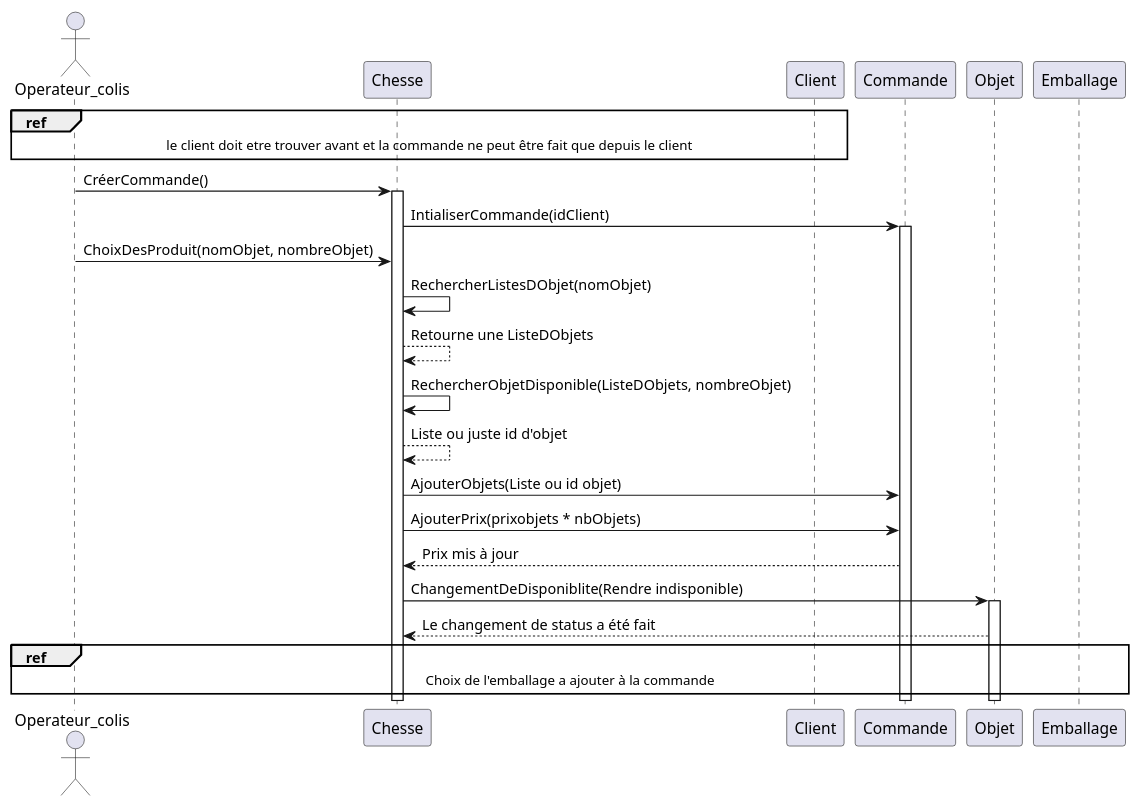
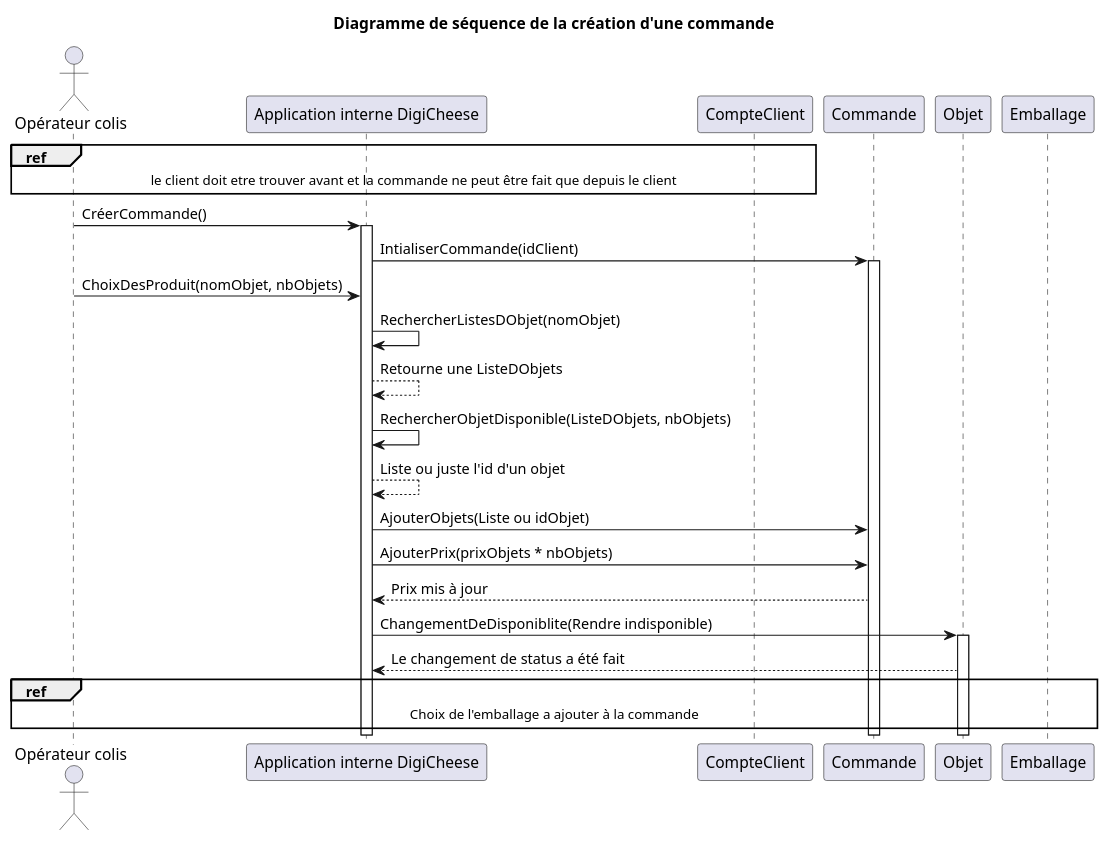
One commit to Bluwen/Conception_d_une_application_informatique changed the diagram in Cas_séquence/Creer_une_commande.puml. Above: the diagram before and after it, drawn with PlantUML. The commit also changed 11 other files, not shown here.

Commit message:
Mise au points du vocabulaire des diagrammes

```diff
--- a/Cas_séquence/Creer_une_commande.puml
+++ b/Cas_séquence/Creer_une_commande.puml
@@ -1,38 +1,39 @@
-@startuml brouillon
+@startuml Diagramme de séquence de la création d'une commande
 
-actor Operateur_colis
+actor "Opérateur colis"
 
-participant Chesse
+participant "Application interne DigiCheese"
 
-ref over Operateur_colis, Chesse, Client : le client doit etre trouver avant et la commande ne peut être fait que depuis le client
+ref over "Opérateur colis", "Application interne DigiCheese", CompteClient : le client doit etre trouver avant et la commande ne peut être fait que depuis le client
 
-Operateur_colis -> Chesse : CréerCommande()
-activate Chesse
+"Opérateur colis" -> "Application interne DigiCheese" : CréerCommande()
+activate "Application interne DigiCheese"
 
-Chesse -> Commande : IntialiserCommande(idClient)
+"Application interne DigiCheese" -> Commande : IntialiserCommande(idClient)
 activate Commande 
 
 'Commande -> Client : DemandeID()
 'Client --> Commande : RetourneID
 
-'Commande -> Chesse : DemanderDonner()
-'Chesse -> Operateur_colis : RentrerInformationCommande()
+'Commande -> "Application interne DigiCheese" : DemanderDonner()
+'"Application interne DigiCheese" -> "Opérateur colis" : RentrerInformationCommande()
 
-Operateur_colis -> Chesse : ChoixDesProduit(nomObjet, nombreObjet)
-Chesse -> Chesse : RechercherListesDObjet(nomObjet)
-Chesse --> Chesse : Retourne une ListeDObjets
-Chesse -> Chesse : RechercherObjetDisponible(ListeDObjets, nombreObjet)
-Chesse --> Chesse : Liste ou juste id d'objet
-Chesse -> Commande : AjouterObjets(Liste ou id objet)
+"Opérateur colis" -> "Application interne DigiCheese" : ChoixDesProduit(nomObjet, nbObjets)
+"Application interne DigiCheese" -> "Application interne DigiCheese" : RechercherListesDObjet(nomObjet)
+"Application interne DigiCheese" --> "Application interne DigiCheese" : Retourne une ListeDObjets
+"Application interne DigiCheese" -> "Application interne DigiCheese" : RechercherObjetDisponible(ListeDObjets, nbObjets)
+"Application interne DigiCheese" --> "Application interne DigiCheese" : Liste ou juste l'id d'un objet
+"Application interne DigiCheese" -> Commande : AjouterObjets(Liste ou idObjet)
 
-Chesse -> Commande : AjouterPrix(prixobjets * nbObjets)
-Commande --> Chesse : Prix mis à jour
+"Application interne DigiCheese" -> Commande : AjouterPrix(prixObjets * nbObjets)
+Commande --> "Application interne DigiCheese" : Prix mis à jour
 
-Chesse -> Objet : ChangementDeDisponiblite(Rendre indisponible)
+"Application interne DigiCheese" -> Objet : ChangementDeDisponiblite(Rendre indisponible)
 activate Objet
 
-Objet --> Chesse : Le changement de status a été fait
+Objet --> "Application interne DigiCheese" : Le changement de status a été fait
 
-ref over Operateur_colis, Chesse, Commande, Emballage : Choix de l'emballage a ajouter à la commande
+ref over "Opérateur colis", "Application interne DigiCheese", Commande, Emballage : Choix de l'emballage a ajouter à la commande
 
+title Diagramme de séquence de la création d'une commande
 @enduml
```
